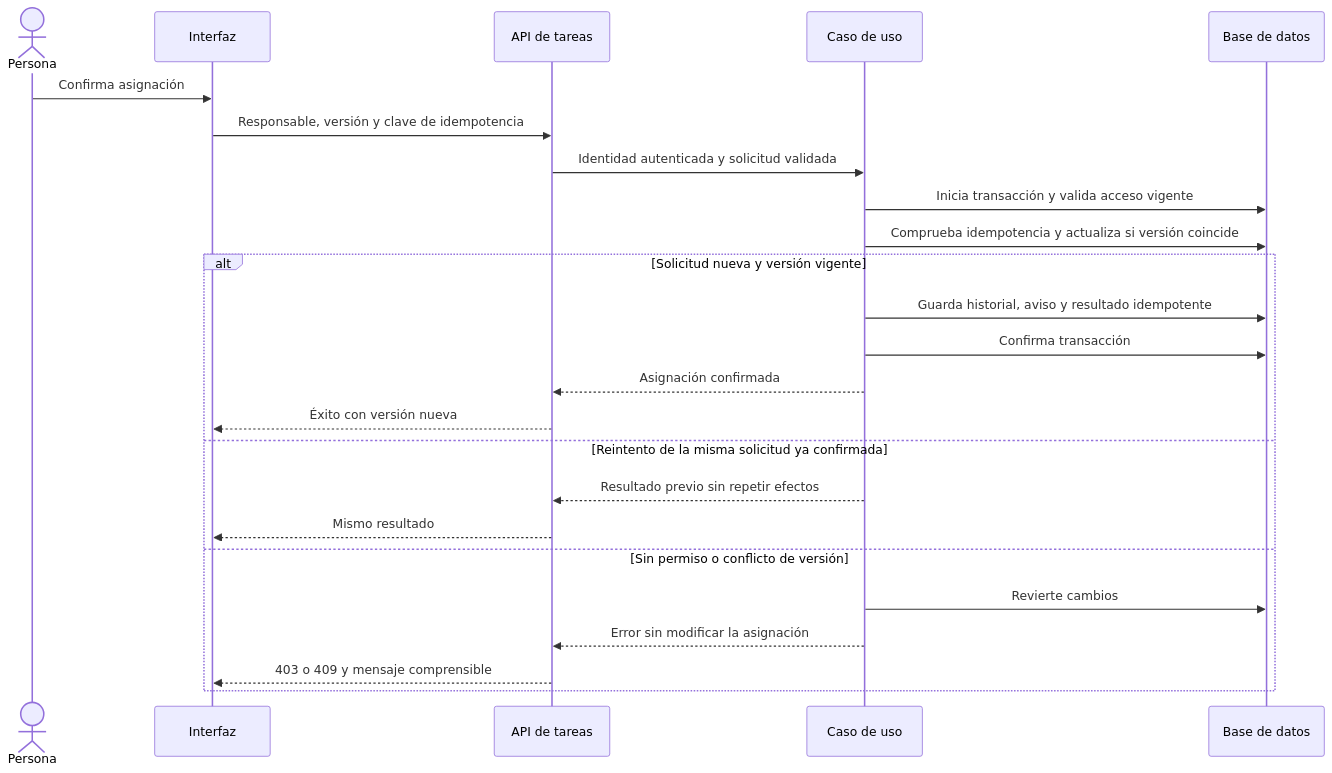
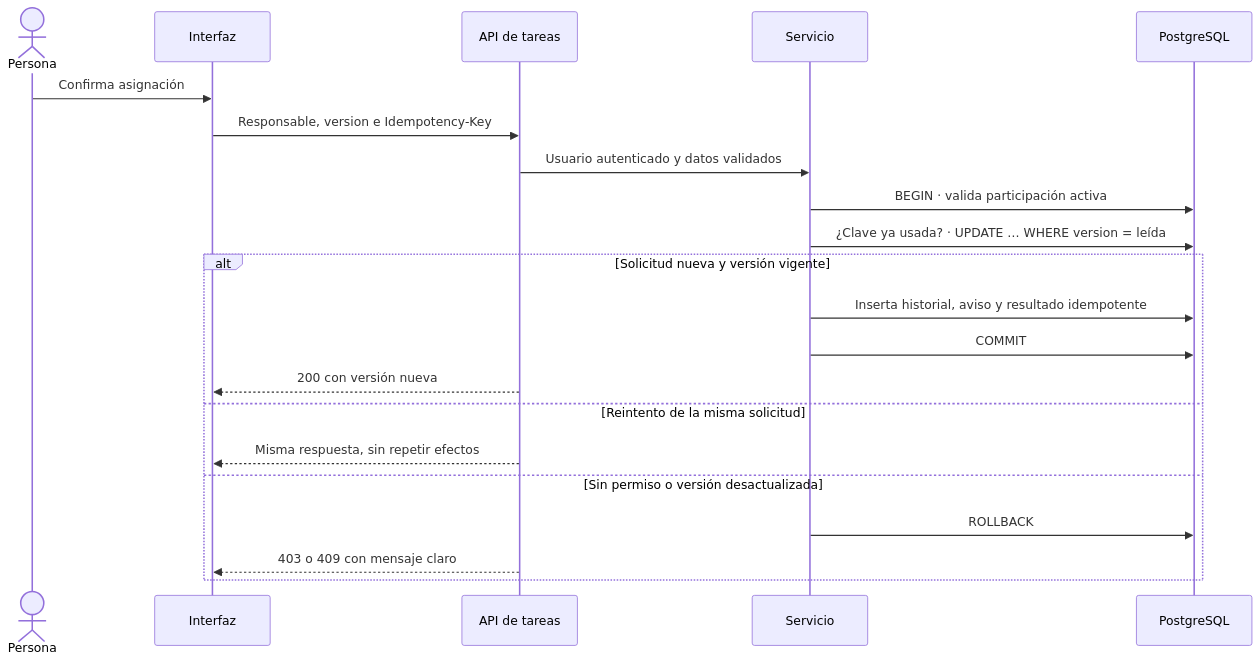
Before and after one commit to FabianReyna17/ProjectManagement: the fourth of 6 diagrams in docs/Arquitectura_Gestion_Proyectos.md, drawn with Mermaid. The commit also changed other lines of this file and 5 other files, not shown here.

````diff
--- a/docs/Arquitectura_Gestion_Proyectos.md
+++ b/docs/Arquitectura_Gestion_Proyectos.md
@@ -170,26 +159,23 @@
 ```mermaid
 sequenceDiagram
     actor Persona
     participant UI as Interfaz
     participant API as API de tareas
-    participant Servicio as Caso de uso
-    participant BD as Base de datos
+    participant S as Servicio
+    participant BD as PostgreSQL
     Persona->>UI: Confirma asignación
-    UI->>API: Responsable, versión y clave de idempotencia
-    API->>Servicio: Identidad autenticada y solicitud validada
-    Servicio->>BD: Inicia transacción y valida acceso vigente
-    Servicio->>BD: Comprueba idempotencia y actualiza si versión coincide
+    UI->>API: Responsable, version e Idempotency-Key
+    API->>S: Usuario autenticado y datos validados
+    S->>BD: BEGIN · valida participación activa
+    S->>BD: ¿Clave ya usada? · UPDATE … WHERE version = leída
     alt Solicitud nueva y versión vigente
-        Servicio->>BD: Guarda historial, aviso y resultado idempotente
-        Servicio->>BD: Confirma transacción
-        Servicio-->>API: Asignación confirmada
-        API-->>UI: Éxito con versión nueva
-    else Reintento de la misma solicitud ya confirmada
-        Servicio-->>API: Resultado previo sin repetir efectos
-        API-->>UI: Mismo resultado
-    else Sin permiso o conflicto de versión
-        Servicio->>BD: Revierte cambios
-        Servicio-->>API: Error sin modificar la asignación
-        API-->>UI: 403 o 409 y mensaje comprensible
+        S->>BD: Inserta historial, aviso y resultado idempotente
+        S->>BD: COMMIT
+        API-->>UI: 200 con versión nueva
+    else Reintento de la misma solicitud
+        API-->>UI: Misma respuesta, sin repetir efectos
+    else Sin permiso o versión desactualizada
+        S->>BD: ROLLBACK
+        API-->>UI: 403 o 409 con mensaje claro
     end
 ```
````
